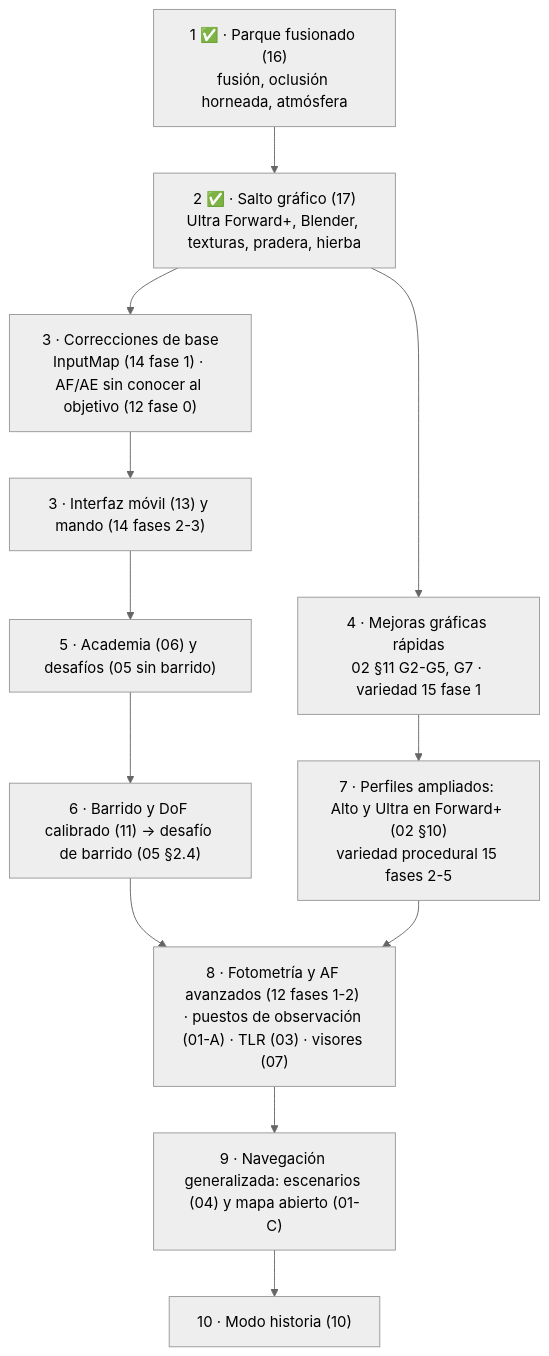
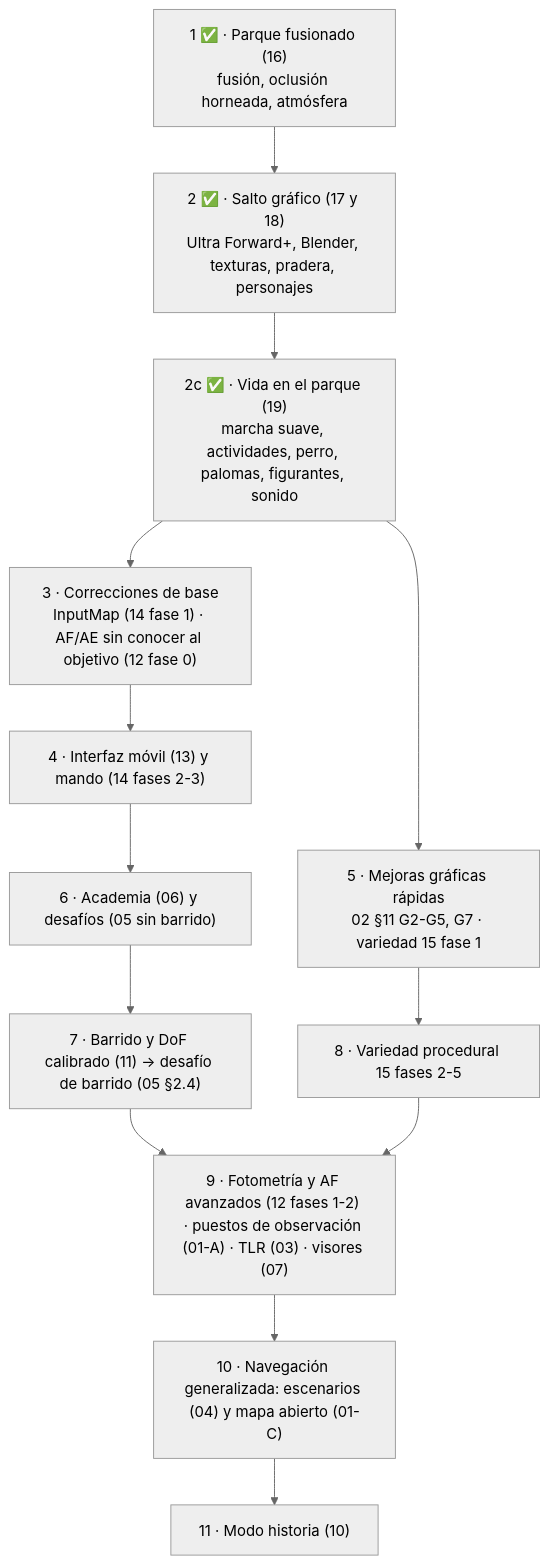
The diagram in docs/futuro/README.md (Ganso/proyecto-paparazzi), drawn with Mermaid (neutral theme) before and after one commit. The commit also changed other lines of this file and 9 other files, not shown here.

Commit message:
docs: vida en el parque (19), marcha suave, sonido, pruebas y hoja de ruta renumerada

````diff
--- a/docs/futuro/README.md
+++ b/docs/futuro/README.md
@@ -101,14 +103,15 @@
 ```mermaid
 graph TD
-    P1["1 ✅ · Parque fusionado (16)<br/>fusión, oclusión horneada, atmósfera"] --> P17
-    P17["2 ✅ · Salto gráfico (17)<br/>Ultra Forward+, Blender, texturas, pradera, hierba"] --> P2
-    P17 --> P4
-    P2["3 · Correcciones de base<br/>InputMap (14 fase 1) · AF/AE sin conocer al objetivo (12 fase 0)"] --> P3
-    P3["3 · Interfaz móvil (13) y mando (14 fases 2-3)"] --> P5
-    P4["4 · Mejoras gráficas rápidas<br/>02 §11 G2-G5, G7 · variedad 15 fase 1"] --> P7
-    P5["5 · Academia (06) y desafíos (05 sin barrido)"] --> P6
-    P6["6 · Barrido y DoF calibrado (11) → desafío de barrido (05 §2.4)"] --> P8
-    P7["7 · Perfiles ampliados: Alto y Ultra en Forward+ (02 §10)<br/>variedad procedural 15 fases 2-5"] --> P8
-    P8["8 · Fotometría y AF avanzados (12 fases 1-2) · puestos de observación (01-A) · TLR (03) · visores (07)"] --> P9
-    P9["9 · Navegación generalizada: escenarios (04) y mapa abierto (01-C)"] --> P10["10 · Modo historia (10)"]
+    P1["1 ✅ · Parque fusionado (16)<br/>fusión, oclusión horneada, atmósfera"] --> P2
+    P2["2 ✅ · Salto gráfico (17 y 18)<br/>Ultra Forward+, Blender, texturas, pradera, personajes"] --> P2C
+    P2C["2c ✅ · Vida en el parque (19)<br/>marcha suave, actividades, perro, palomas, figurantes, sonido"] --> P3
+    P2C --> P5
+    P3["3 · Correcciones de base<br/>InputMap (14 fase 1) · AF/AE sin conocer al objetivo (12 fase 0)"] --> P4
+    P4["4 · Interfaz móvil (13) y mando (14 fases 2-3)"] --> P6
+    P5["5 · Mejoras gráficas rápidas<br/>02 §11 G2-G5, G7 · variedad 15 fase 1"] --> P8
+    P6["6 · Academia (06) y desafíos (05 sin barrido)"] --> P7
+    P7["7 · Barrido y DoF calibrado (11) → desafío de barrido (05 §2.4)"] --> P9
+    P8["8 · Variedad procedural 15 fases 2-5"] --> P9
+    P9["9 · Fotometría y AF avanzados (12 fases 1-2) · puestos de observación (01-A) · TLR (03) · visores (07)"] --> P10
+    P10["10 · Navegación generalizada: escenarios (04) y mapa abierto (01-C)"] --> P11["11 · Modo historia (10)"]
 ```
````
